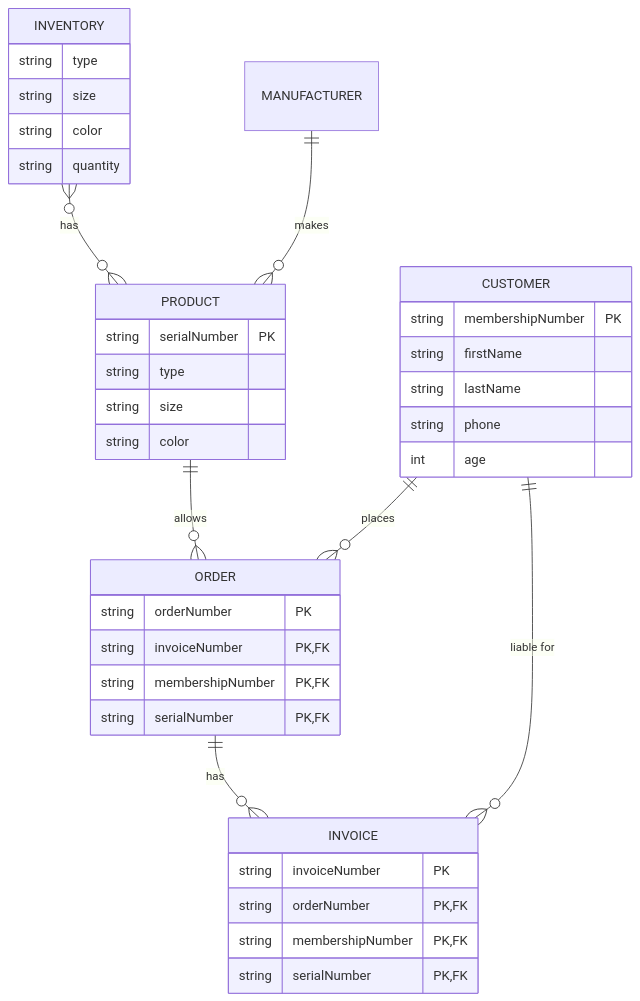
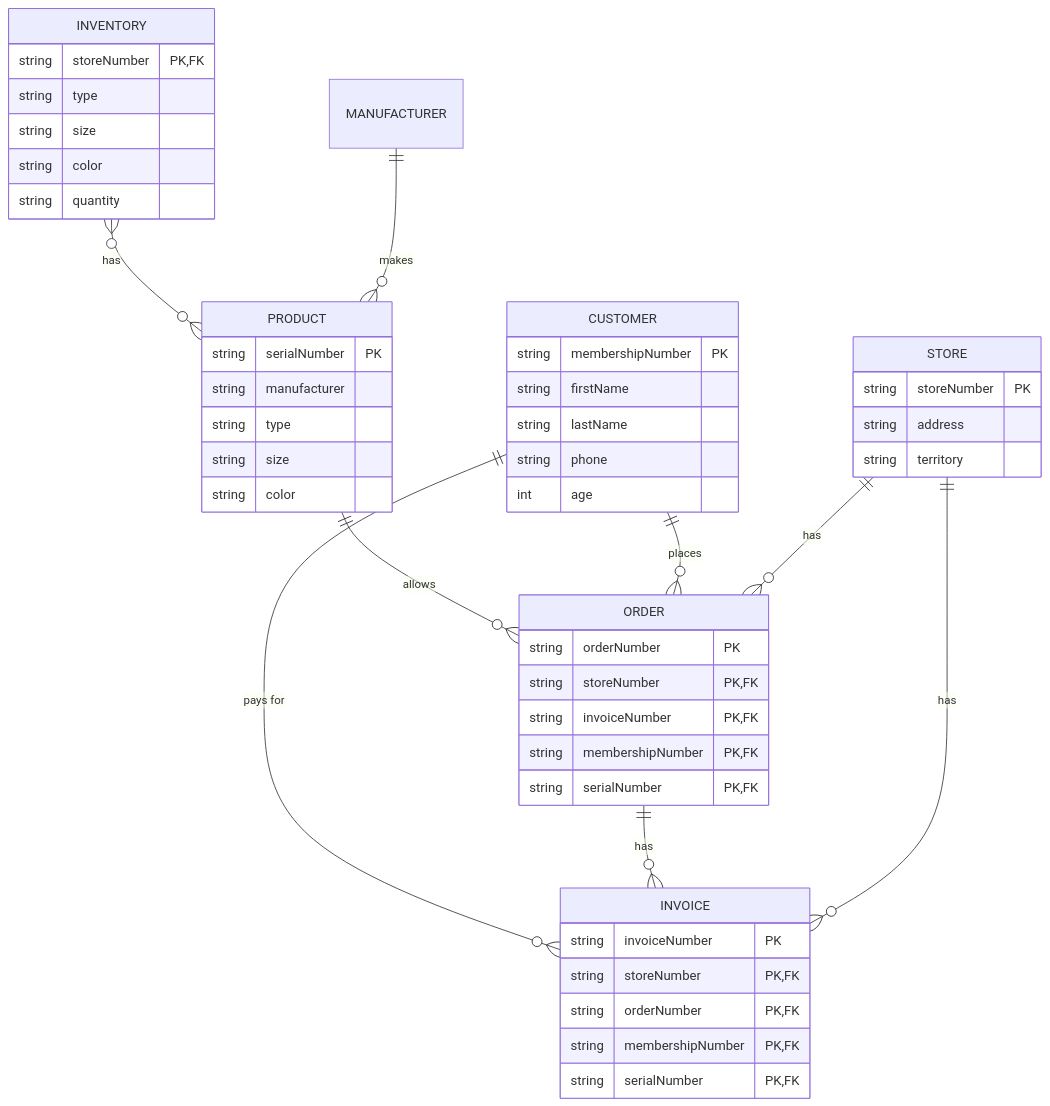
Before and after one commit to mealvarez-my-waketech-edu/NikeStore_ERD.md: the diagram in README.md, drawn with Mermaid. The commit also changed other lines of this file, not shown here.

````diff
--- a/README.md
+++ b/README.md
@@ -3,40 +3,51 @@
 ```mermaid
 erDiagram
     PRODUCT ||--o{ ORDER : allows
     PRODUCT {
         string serialNumber PK
+        string manufacturer
         string type
         string size
         string color
     }
     INVENTORY }o--o{ PRODUCT : has
     INVENTORY {
+        string storeNumber PK, FK
         string type
         string size
         string color
         string quantity
     }
     CUSTOMER ||--o{ ORDER : places
-    CUSTOMER ||--o{ INVOICE : "liable for"
+    CUSTOMER ||--o{ INVOICE : "pays for"
     CUSTOMER {
         string membershipNumber PK
         string firstName
         string lastName
         string phone
         int age
     }
     ORDER ||--o{ INVOICE : has
     ORDER {
         string orderNumber PK
+        string storeNumber PK, FK
         string invoiceNumber PK, FK
         string membershipNumber PK, FK
         string serialNumber PK, FK
     }
+    STORE ||--o{ ORDER : has
+    STORE ||--o{ INVOICE : has
+    STORE {
+        string storeNumber PK
+        string address
+        string territory
+    }
     INVOICE {
         string invoiceNumber PK
+        string storeNumber PK, FK
         string orderNumber PK, FK
         string membershipNumber PK, FK
         string serialNumber PK, FK
     }
     MANUFACTURER only one to zero or more PRODUCT : makes
 ```
````
